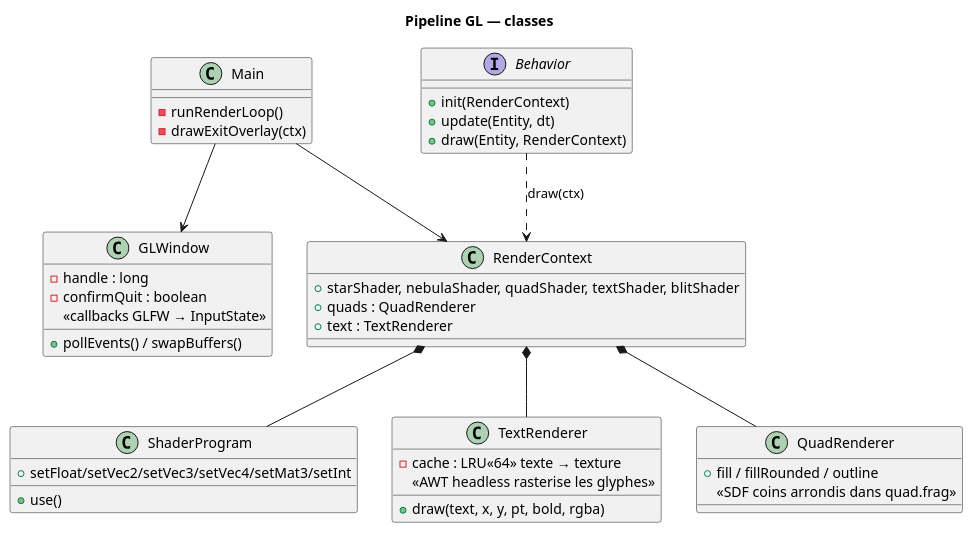
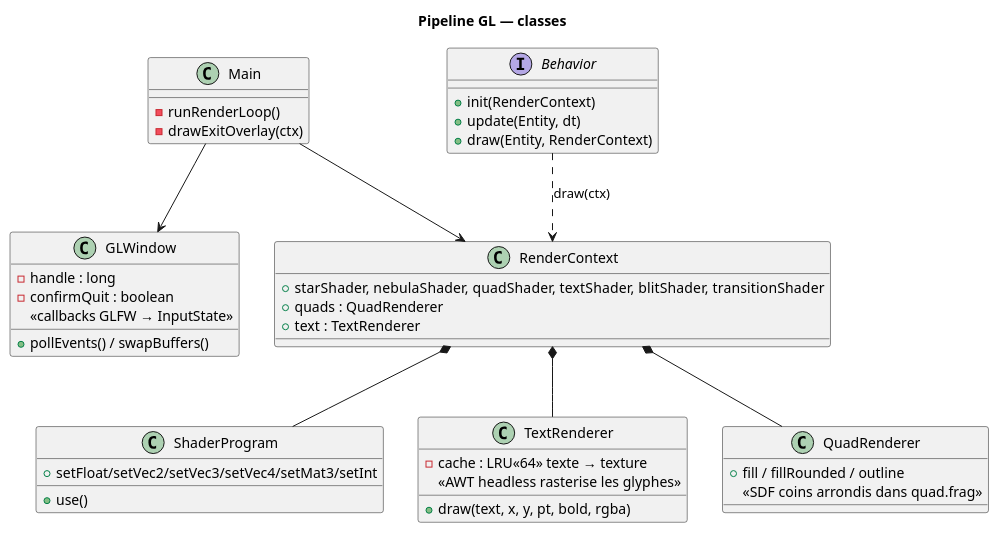
Before and after one commit to mcgivrer/demo001-arm64: the second of 2 diagrams in src/docs/12-opengl-pipeline.md, drawn with PlantUML. The commit also changed other lines of this file and 21 other files, not shown here.

````diff
--- a/src/docs/12-opengl-pipeline.md
+++ b/src/docs/12-opengl-pipeline.md
@@ -152,52 +153,52 @@
 ```plantuml
 @startuml
 title Pipeline GL — classes
 
 class Main {
     - runRenderLoop()
     - drawExitOverlay(ctx)
 }
 
 class GLWindow {
     - handle : long
     - confirmQuit : boolean
     + pollEvents() / swapBuffers()
     «callbacks GLFW → InputState»
 }
 
 class RenderContext {
-    + starShader, nebulaShader, quadShader, textShader, blitShader
+  + starShader, nebulaShader, quadShader, textShader, blitShader, transitionShader
     + quads : QuadRenderer
     + text : TextRenderer
 }
 
 class ShaderProgram {
     + use()
     + setFloat/setVec2/setVec3/setVec4/setMat3/setInt
 }
 
 class TextRenderer {
     - cache : LRU«64» texte → texture
     + draw(text, x, y, pt, bold, rgba)
     «AWT headless rasterise les glyphes»
 }
 
 class QuadRenderer {
     + fill / fillRounded / outline
     «SDF coins arrondis dans quad.frag»
 }
 
 interface Behavior {
     + init(RenderContext)
     + update(Entity, dt)
     + draw(Entity, RenderContext)
 }
 
 Main --> GLWindow
 Main --> RenderContext
 RenderContext *-- ShaderProgram
 RenderContext *-- TextRenderer
 RenderContext *-- QuadRenderer
 Behavior ..> RenderContext : draw(ctx)
 @enduml
 ```
````
